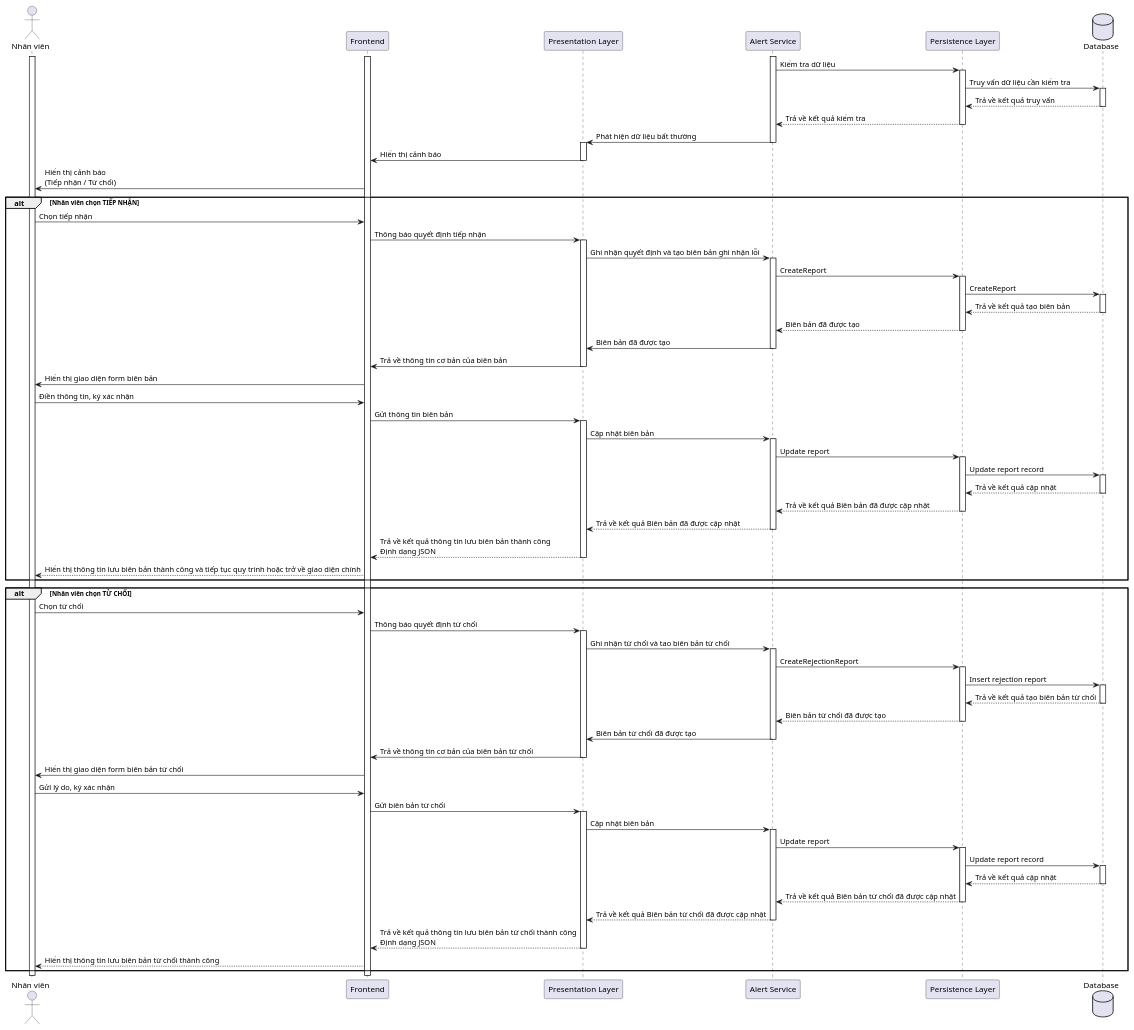
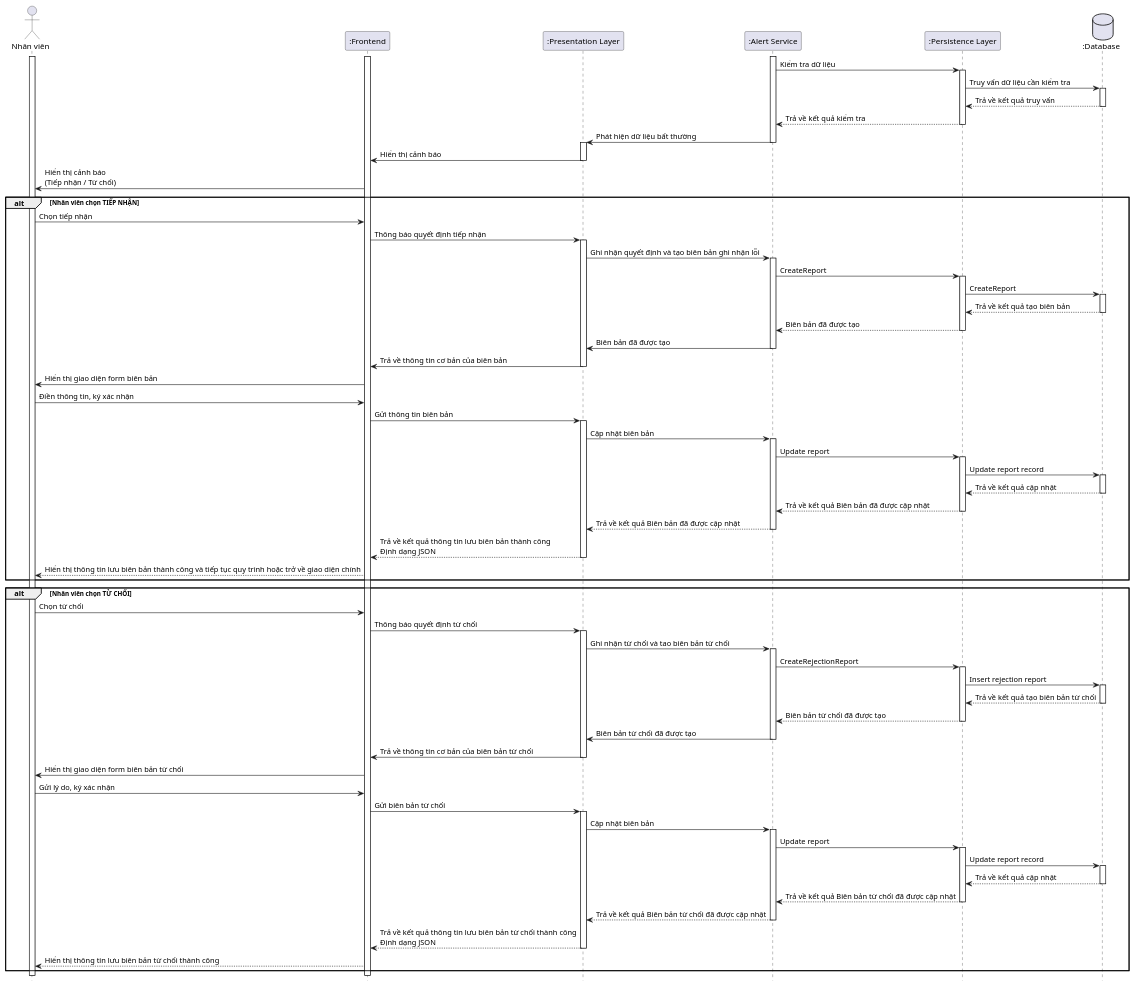
The diagram in Sequence/Notification-Sequence.plantuml (tuanemtramtinh/dacn-uml), drawn with PlantUML before and after one commit. The commit also changed 31 other files, not shown here.

```diff
--- a/Sequence/Notification-Sequence.plantuml
+++ b/Sequence/Notification-Sequence.plantuml
@@ -1,111 +1,112 @@
 @startuml
+hide footbox
 actor "Nhân viên" as User
-participant "Frontend" as FE
-participant "Presentation Layer" as PL
-participant "Alert Service" as AlertService
-participant "Persistence Layer" as Persistence
-database "Database" as DB
+participant ":Frontend" as FE
+participant ":Presentation Layer" as PL
+participant ":Alert Service" as AlertService
+participant ":Persistence Layer" as Persistence
+database ":Database" as DB
 
 activate User
 activate FE
 ' == Hệ thống phát hiện lỗi ==
 activate AlertService
 AlertService -> Persistence: Kiểm tra dữ liệu
 activate Persistence
 Persistence -> DB: Truy vấn dữ liệu cần kiểm tra
 activate DB
 DB --> Persistence: Trả về kết quả truy vấn
 deactivate DB
 Persistence --> AlertService: Trả về kết quả kiểm tra
 deactivate Persistence
 AlertService -> PL: Phát hiện dữ liệu bất thường
 deactivate AlertService
 activate PL
 PL -> FE: Hiển thị cảnh báo
 deactivate PL
 ' == Nhận thông báo cảnh báo ==
 FE -> User: Hiển thị cảnh báo\n(Tiếp nhận / Từ chối)
 
 alt Nhân viên chọn TIẾP NHẬN
     User -> FE: Chọn tiếp nhận
     FE -> PL: Thông báo quyết định tiếp nhận
     activate PL
     PL -> AlertService: Ghi nhận quyết định và tạo biên bản ghi nhận lỗi
     activate AlertService
     AlertService -> Persistence: CreateReport
     activate Persistence
     Persistence -> DB: CreateReport
     activate DB
     DB --> Persistence: Trả về kết quả tạo biên bản
     deactivate DB
     Persistence --> AlertService: Biên bản đã được tạo
     deactivate Persistence
     AlertService -> PL: Biên bản đã được tạo
     deactivate AlertService
     PL -> FE: Trả về thông tin cơ bản của biên bản
     deactivate PL
     FE -> User: Hiển thị giao diện form biên bản
 
 
     User -> FE: Điền thông tin, ký xác nhận
     FE -> PL: Gửi thông tin biên bản
     activate PL
     PL -> AlertService: Cập nhật biên bản
     activate AlertService
     AlertService -> Persistence: Update report
     activate Persistence
     Persistence -> DB: Update report record
     activate DB
     DB --> Persistence: Trả về kết quả cập nhật
     deactivate DB
     Persistence --> AlertService: Trả về kết quả Biên bản đã được cập nhật
     deactivate Persistence
     AlertService --> PL: Trả về kết quả Biên bản đã được cập nhật
     deactivate AlertService
     PL --> FE: Trả về kết quả thông tin lưu biên bản thành công\nĐịnh dạng JSON
     deactivate PL
     FE --> User: Hiển thị thông tin lưu biên bản thành công và tiếp tục quy trình hoặc trở về giao diện chính
 end
 
 alt Nhân viên chọn TỪ CHỐI
     User -> FE: Chọn từ chối
     FE -> PL: Thông báo quyết định từ chối
     activate PL
     PL -> AlertService: Ghi nhận từ chối và tao biên bản từ chối
     activate AlertService
     AlertService -> Persistence: CreateRejectionReport
     activate Persistence
     Persistence -> DB: Insert rejection report
     activate DB
     DB --> Persistence: Trả về kết quả tạo biên bản từ chối
     deactivate DB
     Persistence --> AlertService: Biên bản từ chối đã được tạo
     deactivate Persistence
     AlertService -> PL: Biên bản từ chối đã được tạo
     deactivate AlertService
     PL -> FE: Trả về thông tin cơ bản của biên bản từ chối
     deactivate PL
     FE -> User: Hiển thị giao diện form biên bản từ chối
 
 
     User -> FE: Gửi lý do, ký xác nhận
     FE -> PL: Gửi biên bản từ chối
     activate PL
     PL -> AlertService: Cập nhật biên bản
     activate AlertService
     AlertService -> Persistence: Update report
     activate Persistence
     Persistence -> DB: Update report record
     activate DB
     DB --> Persistence: Trả về kết quả cập nhật
     deactivate DB
     Persistence --> AlertService: Trả về kết quả Biên bản từ chối đã được cập nhật
     deactivate Persistence
     AlertService --> PL: Trả về kết quả Biên bản từ chối đã được cập nhật
     deactivate AlertService
     PL --> FE: Trả về kết quả thông tin lưu biên bản từ chối thành công\nĐịnh dạng JSON
     deactivate PL
     FE --> User: Hiển thị thông tin lưu biên bản từ chối thành công
 end
 
 @enduml
```
